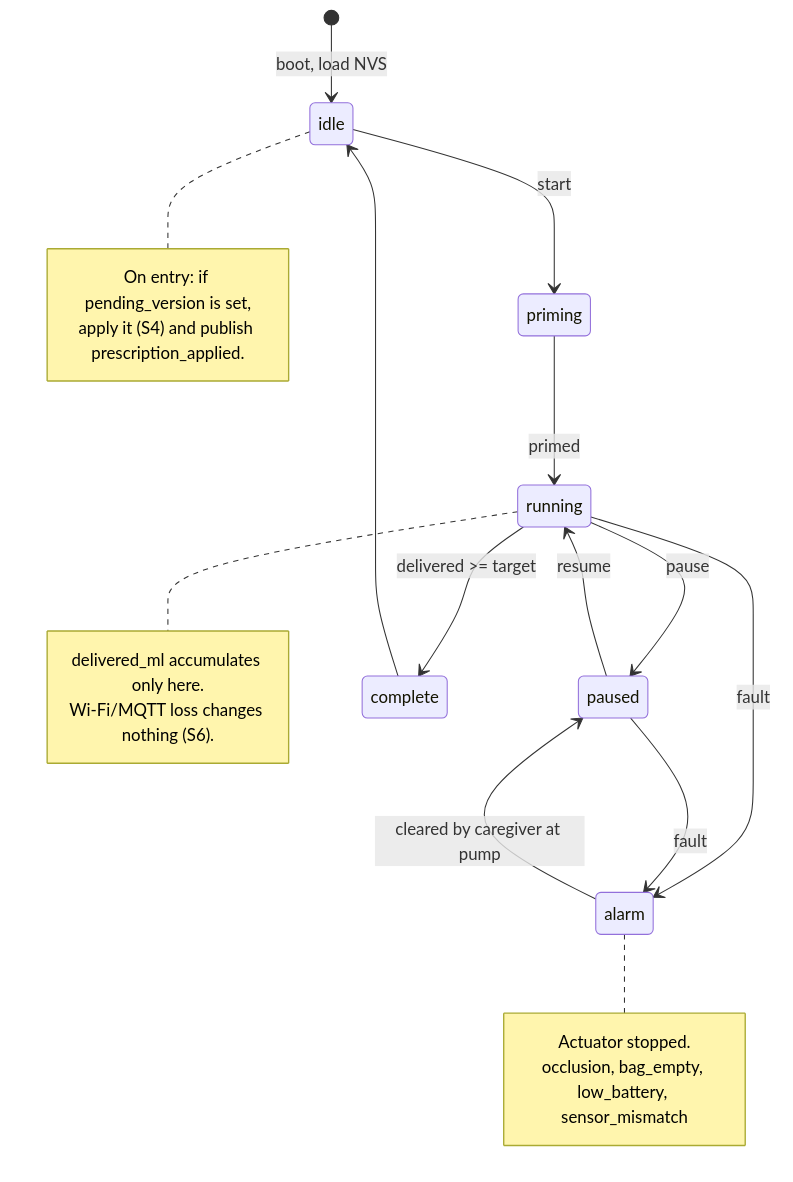
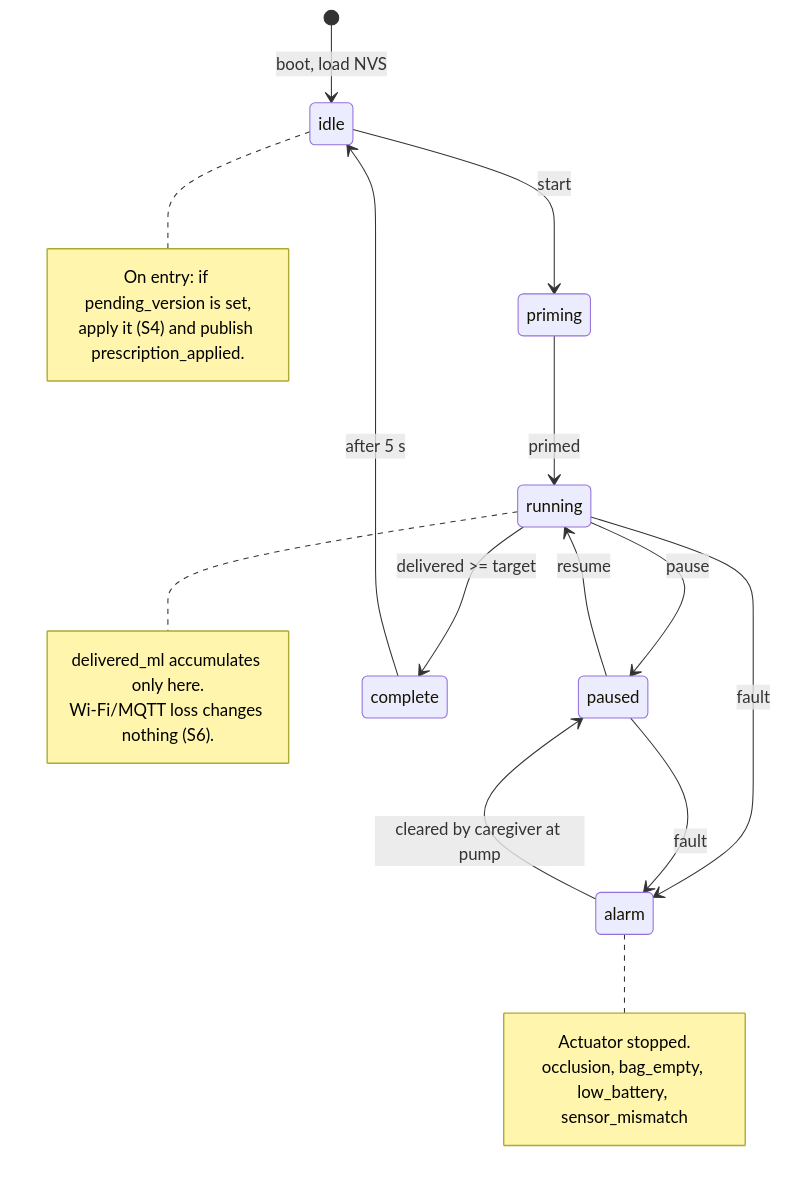
The seventh of 12 diagrams in docs/research/ARCHITECTURE-DIAGRAMS.md (krishdeshmukhhh/BioHack-2027), drawn with Mermaid before and after one commit. The commit also changed other lines of this file and 1 other file, not shown here.

````diff
--- a/docs/research/ARCHITECTURE-DIAGRAMS.md
+++ b/docs/research/ARCHITECTURE-DIAGRAMS.md
@@ -217,26 +217,26 @@
 ```mermaid
 stateDiagram-v2
     [*] --> idle: boot, load NVS
     idle --> priming: start
     priming --> running: primed
     running --> paused: pause
     paused --> running: resume
     running --> complete: delivered >= target
-    complete --> idle
+    complete --> idle: after 5 s
     running --> alarm: fault
     paused --> alarm: fault
     alarm --> paused: cleared by caregiver at pump
 
     note right of idle
         On entry: if pending_version is set,
         apply it (S4) and publish prescription_applied.
     end note
     note right of running
         delivered_ml accumulates only here.
         Wi-Fi/MQTT loss changes nothing (S6).
     end note
     note right of alarm
         Actuator stopped.
         occlusion, bag_empty, low_battery, sensor_mismatch
     end note
 ```
````
